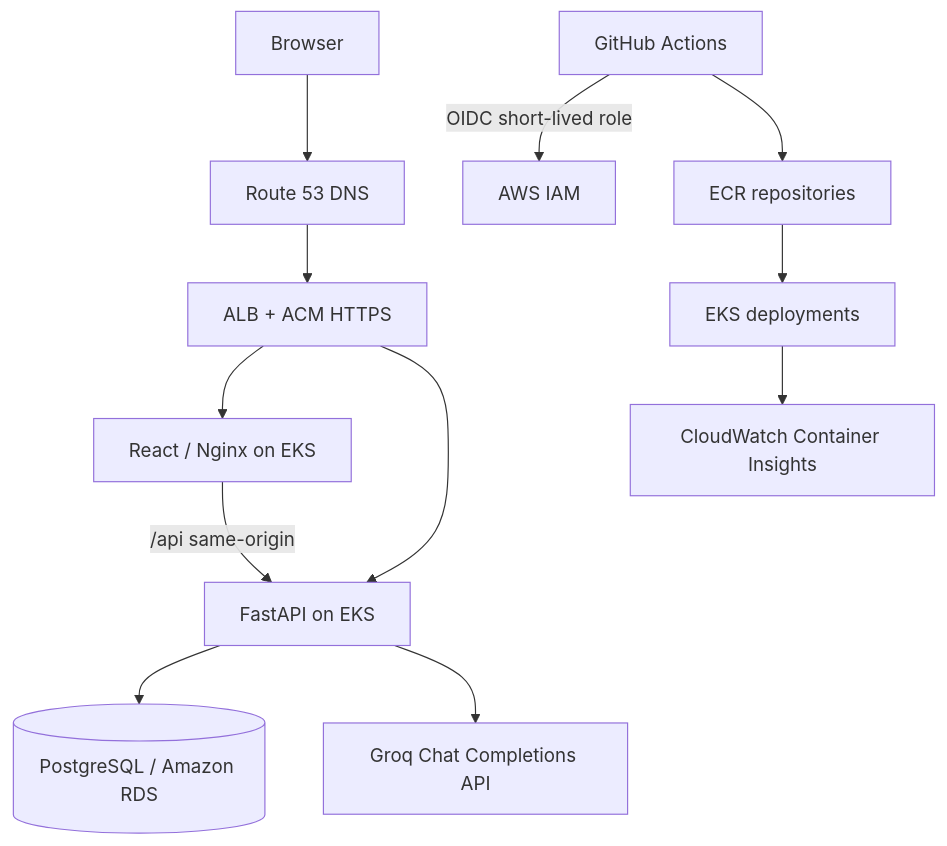
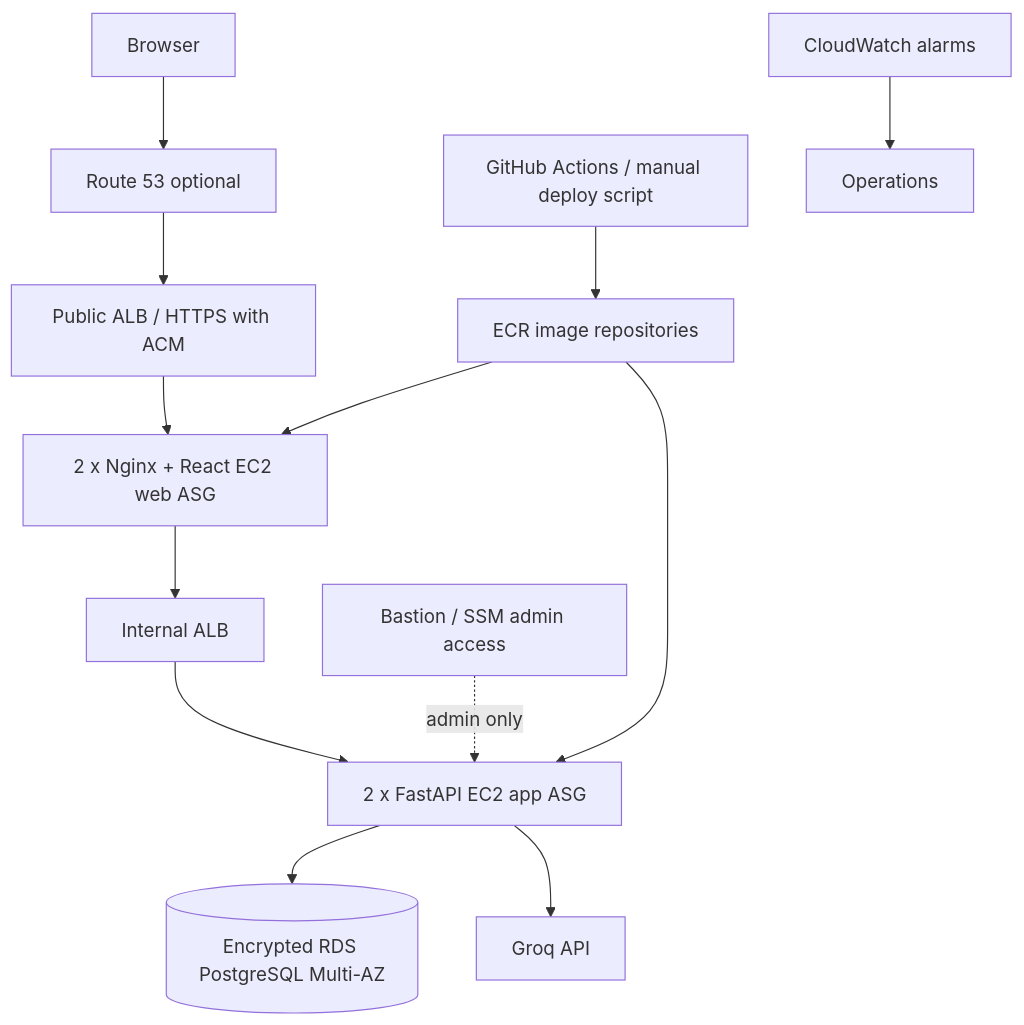
Before and after one commit to Geetha-1997/Gen-AI-Labs: the diagram in README.md, drawn with Mermaid. The commit also changed other lines of this file and 33 other files, not shown here.

````diff
--- a/README.md
+++ b/README.md
@@ -21,14 +17,15 @@
 ```mermaid
 flowchart TB
-  U[Browser] --> R53[Route 53 DNS]
-  R53 --> ALB[ALB + ACM HTTPS]
-  ALB --> WEB[React / Nginx on EKS]
-  ALB --> API[FastAPI on EKS]
-  WEB -->|/api same-origin| API
-  API --> DB[(PostgreSQL / Amazon RDS)]
-  API --> GROQ[Groq Chat Completions API]
-  GH[GitHub Actions] -->|OIDC short-lived role| AWS[AWS IAM]
-  GH --> ECR[ECR repositories]
-  ECR --> EKS[EKS deployments]
-  EKS --> CW[CloudWatch Container Insights]
+  User[Browser] --> DNS[Route 53 optional]
+  DNS --> PublicALB[Public ALB / HTTPS with ACM]
+  PublicALB --> WebASG[2 x Nginx + React EC2 web ASG]
+  WebASG --> InternalALB[Internal ALB]
+  InternalALB --> AppASG[2 x FastAPI EC2 app ASG]
+  AppASG --> RDS[(Encrypted RDS PostgreSQL Multi-AZ)]
+  AppASG --> Groq[Groq API]
+  Bastion[Bastion / SSM admin access] -. admin only .-> AppASG
+  GitHub[GitHub Actions / manual deploy script] --> ECR[ECR image repositories]
+  ECR --> WebASG
+  ECR --> AppASG
+  AWS[CloudWatch alarms] --> Ops[Operations]
 ```
````
